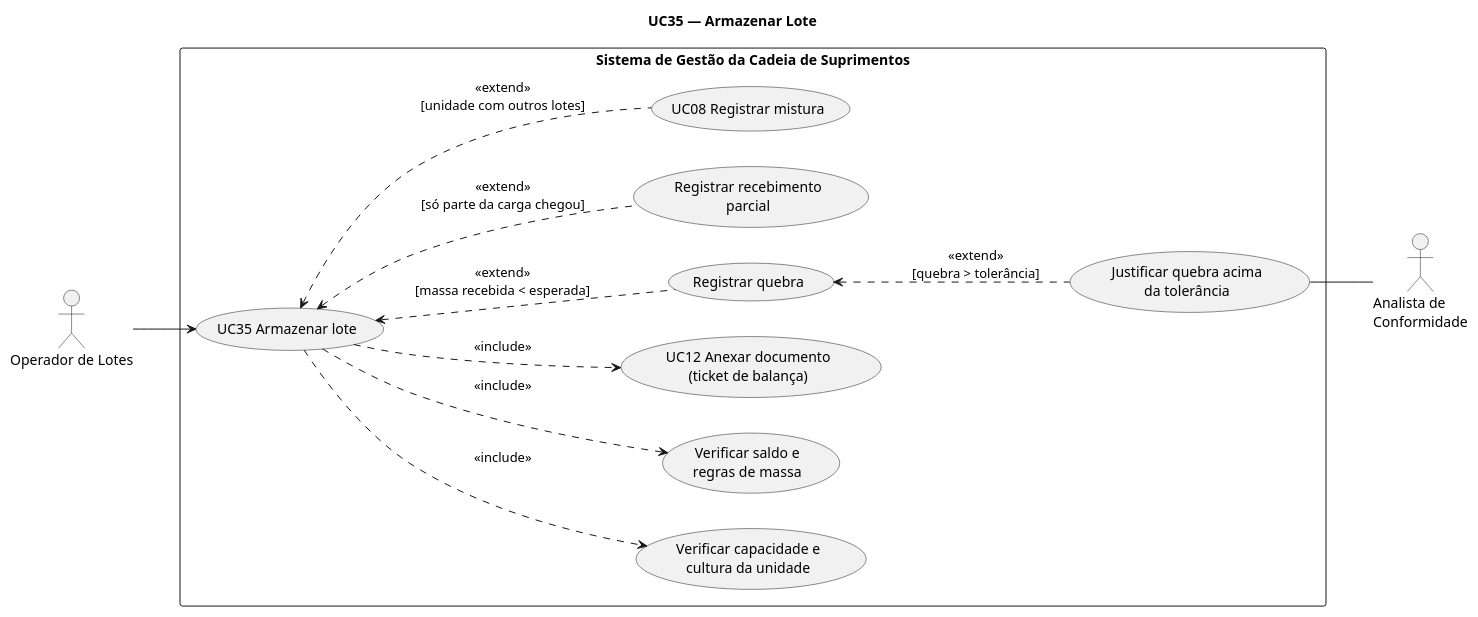
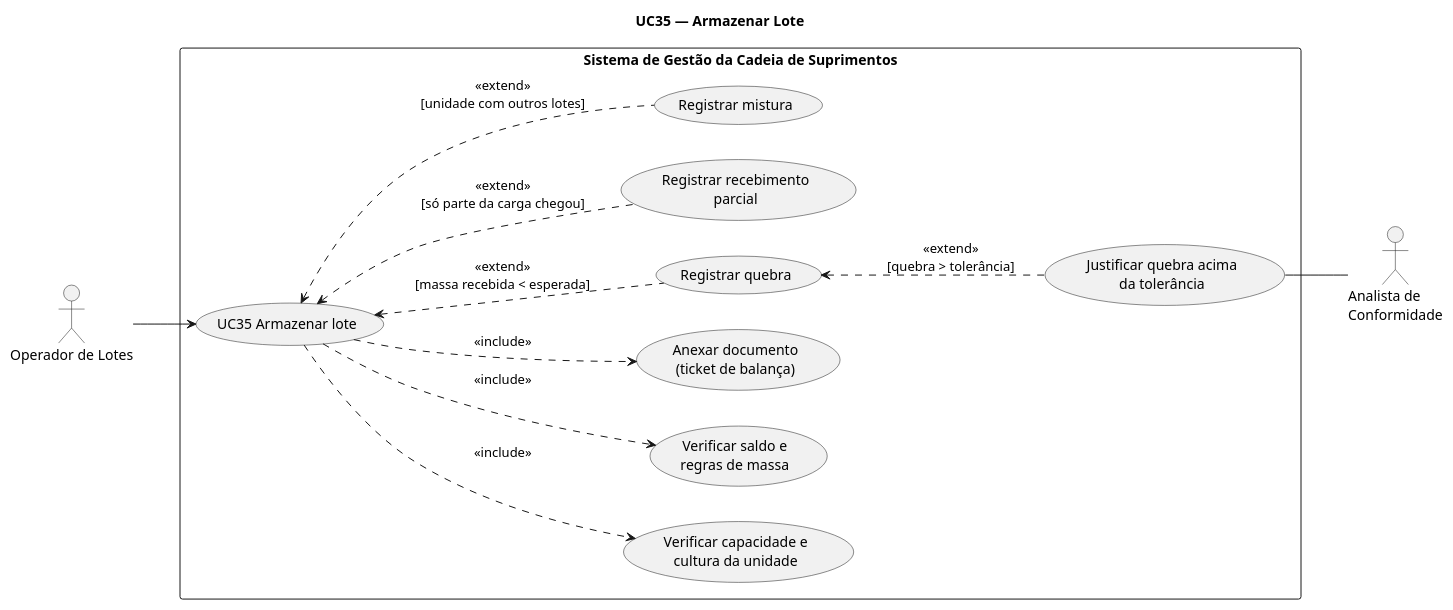
The diagram in docs/v3/casos-de-uso/plantuml/uc35-armazenar-lote.puml (pedrohrossetto/gestao-cadeia-suprimentos), drawn with PlantUML before and after one commit. The commit also changed 17 other files, not shown here.

First line of the commit message:
docs(casos-de-uso): remover referências aos diagramas excluídos da v3

```diff
--- a/docs/v3/casos-de-uso/plantuml/uc35-armazenar-lote.puml
+++ b/docs/v3/casos-de-uso/plantuml/uc35-armazenar-lote.puml
@@ -3,31 +3,31 @@
 @startuml uc35-armazenar-lote
 title UC35 — Armazenar Lote
 left to right direction
 skinparam packageStyle rectangle
 skinparam shadowing false
 
 actor "Operador de Lotes" as ope
 actor "Analista de\nConformidade" as ana
 
 rectangle "Sistema de Gestão da Cadeia de Suprimentos" {
   usecase "UC35 Armazenar lote" as uc35
   usecase "Verificar capacidade e\ncultura da unidade" as cap
   usecase "Verificar saldo e\nregras de massa" as chk
-  usecase "UC12 Anexar documento\n(ticket de balança)" as uc12
+  usecase "Anexar documento\n(ticket de balança)" as uc12
   usecase "Registrar quebra" as qbr
   usecase "Justificar quebra acima\nda tolerância" as jus
   usecase "Registrar recebimento\nparcial" as parc
-  usecase "UC08 Registrar mistura" as uc08
+  usecase "Registrar mistura" as uc08
 }
 
 ope --> uc35
 jus -- ana
 
 uc35 ..> cap : <<include>>
 uc35 ..> chk : <<include>>
 uc35 ..> uc12 : <<include>>
 uc35 <.. qbr : <<extend>>\n[massa recebida < esperada]
 qbr <.. jus : <<extend>>\n[quebra > tolerância]
 uc35 <.. parc : <<extend>>\n[só parte da carga chegou]
 uc35 <.. uc08 : <<extend>>\n[unidade com outros lotes]
 @enduml
```
